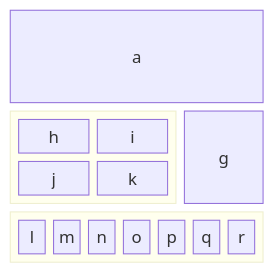
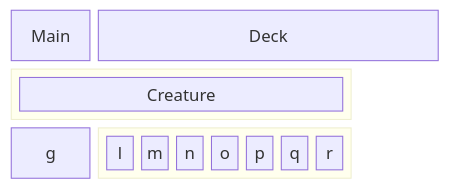
One commit to adahn6/coalition changed the diagram in README.MD. Above: the diagram before and after it, drawn with Mermaid.

````diff
--- a/README.MD
+++ b/README.MD
@@ -65,14 +65,14 @@
 ```mermaid
 block-beta
-  columns 3
-  a:3
-  block:group1:2
-    columns 2
-    h i j k
+  columns 4
+  Main Deck:4
+  block:group1:4
+    columns 1
+    Creature 
   end
   g
   block:group2:3
     %% columns auto (default)
     l m n o p q r
   end
 ```
````
